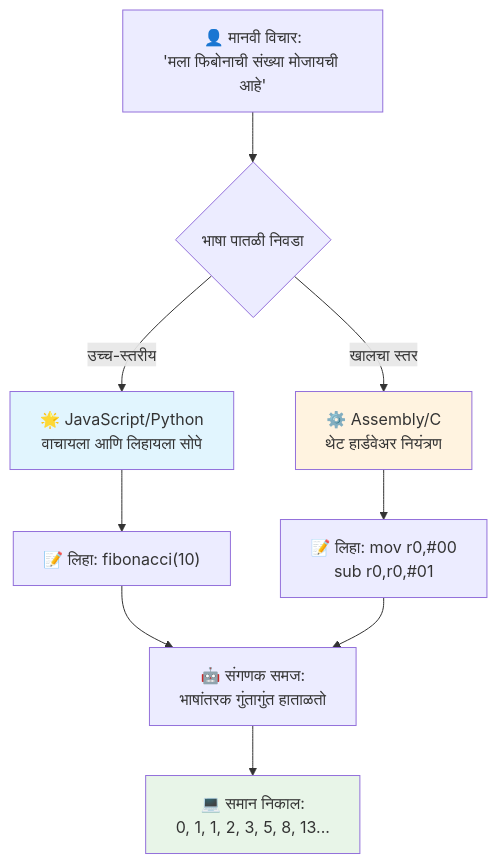
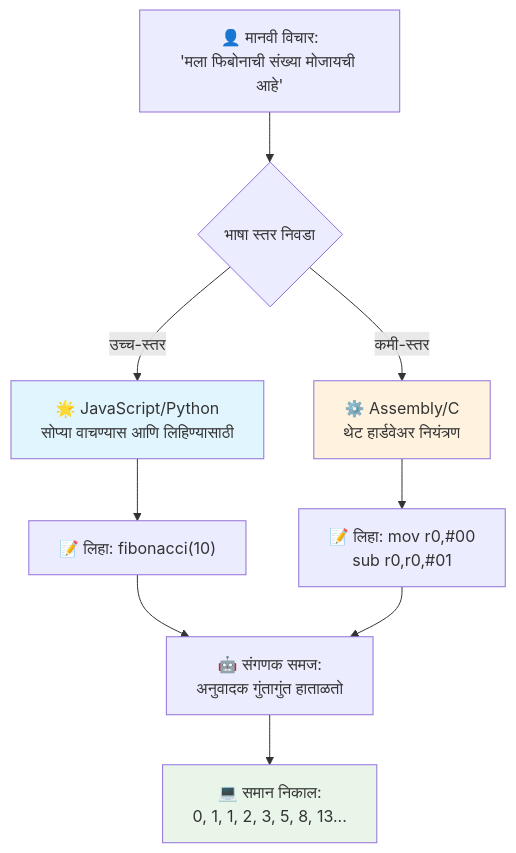
One commit to microsoft/Web-Dev-For-Beginners changed the third of 7 diagrams in translations/mr/1-getting-started-lessons/1-intro-to-programming-languages/README.md. Above: the diagram before and after it, drawn with Mermaid. The commit also changed other lines of this file and 11 other files, not shown here.

````diff
--- a/translations/mr/1-getting-started-lessons/1-intro-to-programming-languages/README.md
+++ b/translations/mr/1-getting-started-lessons/1-intro-to-programming-languages/README.md
@@ -147,19 +148,19 @@
 ```mermaid
 flowchart TB
-    A["👤 मानवी विचार:<br/>'मला फिबोनाची संख्या मोजायची आहे'"] --> B{भाषा पातळी निवडा}
+    A["👤 मानवी विचार:<br/>'मला फिबोनाची संख्या मोजायची आहे'"] --> B{भाषा स्तर निवडा}
     
-    B -->|उच्च-स्तरीय| C["🌟 JavaScript/Python<br/>वाचायला आणि लिहायला सोपे"]
-    B -->|खालचा स्तर| D["⚙️ Assembly/C<br/>थेट हार्डवेअर नियंत्रण"]
+    B -->|उच्च-स्तर| C["🌟 JavaScript/Python<br/>सोप्या वाचण्यास आणि लिहिण्यासाठी"]
+    B -->|कमी-स्तर| D["⚙️ Assembly/C<br/>थेट हार्डवेअर नियंत्रण"]
     
     C --> E["📝 लिहा: fibonacci(10)"]
     D --> F["📝 लिहा: mov r0,#00<br/>sub r0,r0,#01"]
     
-    E --> G["🤖 संगणक समज:<br/>भाषांतरक गुंतागुंत हाताळतो"]
+    E --> G["🤖 संगणक समज:<br/>अनुवादक गुंतागुंत हाताळतो"]
     F --> G
     
     G --> H["💻 समान निकाल:<br/>0, 1, 1, 2, 3, 5, 8, 13..."]
     
     style C fill:#e1f5fe
     style D fill:#fff3e0
     style H fill:#e8f5e8
 ```
````
